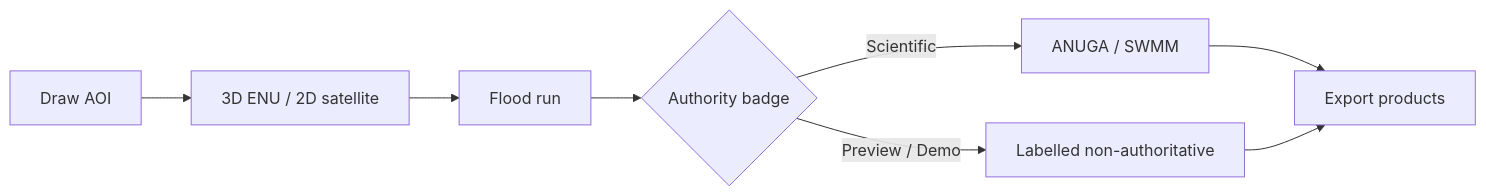
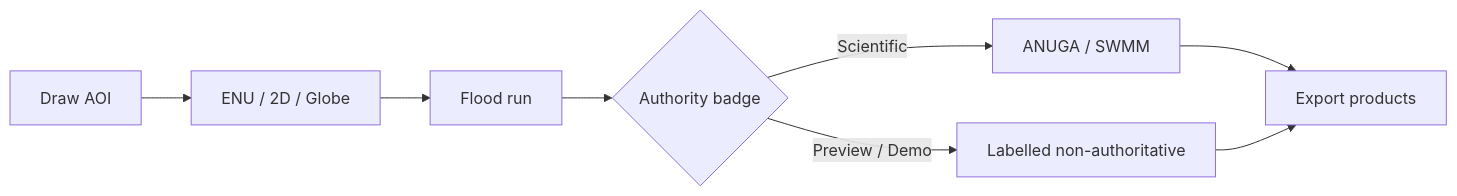
Before and after one commit to ericcayers-ai/instasplatter: the third of 3 diagrams in README.md, drawn with Mermaid. The commit also changed other lines of this file and 64 other files, not shown here.

````diff
--- a/README.md
+++ b/README.md
@@ -101,10 +101,10 @@
 ```mermaid
 flowchart LR
-  A["Draw AOI"] --> B["3D ENU / 2D satellite"]
+  A["Draw AOI"] --> B["ENU / 2D / Globe"]
   B --> C["Flood run"]
   C --> D{"Authority badge"}
   D -->|Scientific| E["ANUGA / SWMM"]
   D -->|Preview / Demo| F["Labelled non-authoritative"]
   E --> G["Export products"]
   F --> G
 ```
````
